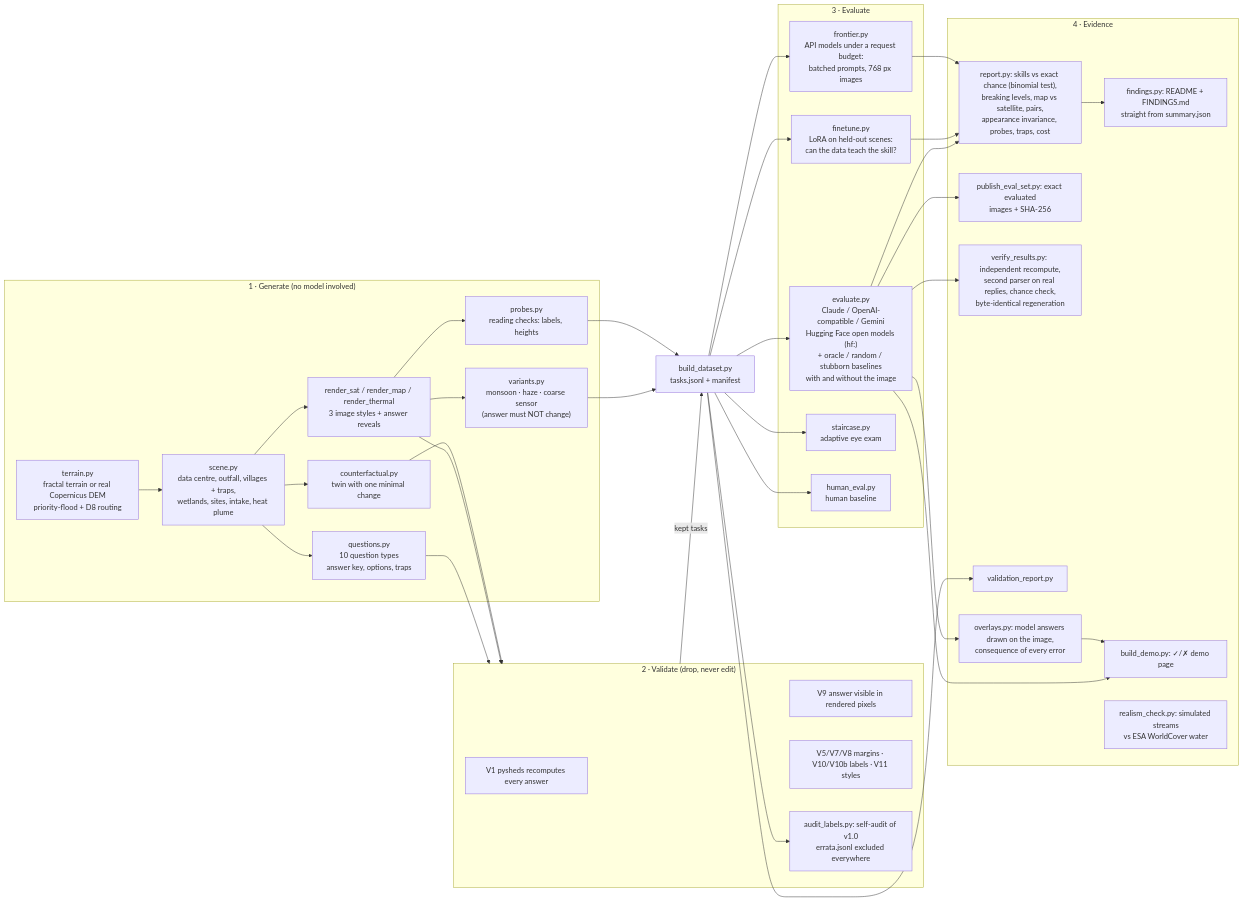
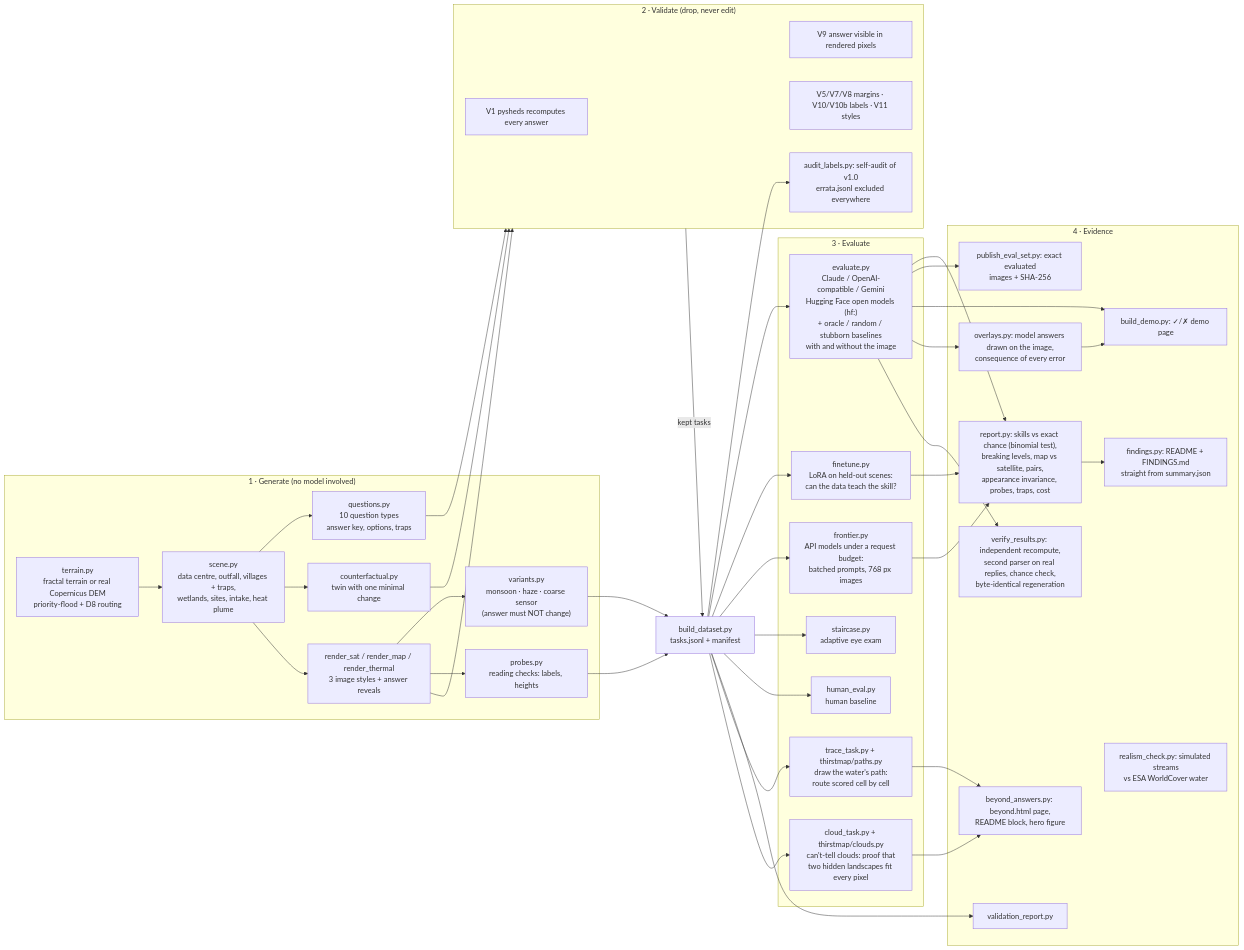
Before and after one commit to yugesh1111/THIRSTMAP: the diagram in docs/ARCHITECTURE.md, drawn with Mermaid. The commit also changed 62 other files, not shown here.

First line of the commit message:
Beyond right answers: open models added, final numbers

````diff
--- a/docs/ARCHITECTURE.md
+++ b/docs/ARCHITECTURE.md
@@ -3,51 +3,56 @@
 ```mermaid
 flowchart LR
   subgraph GEN["1 · Generate (no model involved)"]
     T["terrain.py<br/>fractal terrain or real Copernicus DEM<br/>priority-flood + D8 routing"] --> S["scene.py<br/>data centre, outfall, villages + traps,<br/>wetlands, sites, intake, heat plume"]
     S --> Q["questions.py<br/>10 question types<br/>answer key, options, traps"]
     S --> CF["counterfactual.py<br/>twin with one minimal change"]
     S --> R["render_sat / render_map / render_thermal<br/>3 image styles + answer reveals"]
     R --> AV["variants.py<br/>monsoon · haze · coarse sensor<br/>(answer must NOT change)"]
     R --> PR["probes.py<br/>reading checks: labels, heights"]
   end
   subgraph VAL["2 · Validate (drop, never edit)"]
     V1["V1 pysheds recomputes every answer"]
     V9["V9 answer visible in rendered pixels"]
     VM["V5/V7/V8 margins · V10/V10b labels · V11 styles"]
     AU["audit_labels.py: self-audit of v1.0<br/>errata.jsonl excluded everywhere"]
   end
   subgraph EVAL["3 · Evaluate"]
     E["evaluate.py<br/>Claude / OpenAI-compatible / Gemini<br/>Hugging Face open models (hf:)<br/>+ oracle / random / stubborn baselines<br/>with and without the image"]
     FT["finetune.py<br/>LoRA on held-out scenes:<br/>can the data teach the skill?"]
     FR["frontier.py<br/>API models under a request budget:<br/>batched prompts, 768 px images"]
     ST["staircase.py<br/>adaptive eye exam"]
     H["human_eval.py<br/>human baseline"]
+    TT["trace_task.py + thirstmap/paths.py<br/>draw the water's path:<br/>route scored cell by cell"]
+    CT["cloud_task.py + thirstmap/clouds.py<br/>can't-tell clouds: proof that<br/>two hidden landscapes fit every pixel"]
   end
   subgraph OUT["4 · Evidence"]
     REP["report.py: skills vs exact chance (binomial test),<br/>breaking levels, map vs satellite, pairs,<br/>appearance invariance, probes, traps, cost"]
     FI["findings.py: README + FINDINGS.md<br/>straight from summary.json"]
     ES["publish_eval_set.py: exact evaluated<br/>images + SHA-256"]
     VER["verify_results.py: independent recompute,<br/>second parser on real replies, chance check,<br/>byte-identical regeneration"]
     VR["validation_report.py"]
     D["build_demo.py: ✓/✗ demo page"]
     OV["overlays.py: model answers drawn on the image,<br/>consequence of every error"]
     RC["realism_check.py: simulated streams<br/>vs ESA WorldCover water"]
+    BA["beyond_answers.py: beyond.html page,<br/>README block, hero figure"]
   end
   Q --> VAL
   R --> VAL
   CF --> VAL
   VAL -->|kept tasks| B["build_dataset.py<br/>tasks.jsonl + manifest"]
   AV --> B
   PR --> B
   B --> E --> REP --> FI
   E --> ES
   B --> FT --> REP
   B --> FR --> REP
   B --> ST
   B --> H
   E --> D
   E --> OV --> D
   B --> AU
   E --> VER
   B --> VR
+  B --> TT --> BA
+  B --> CT --> BA
 ```
````
